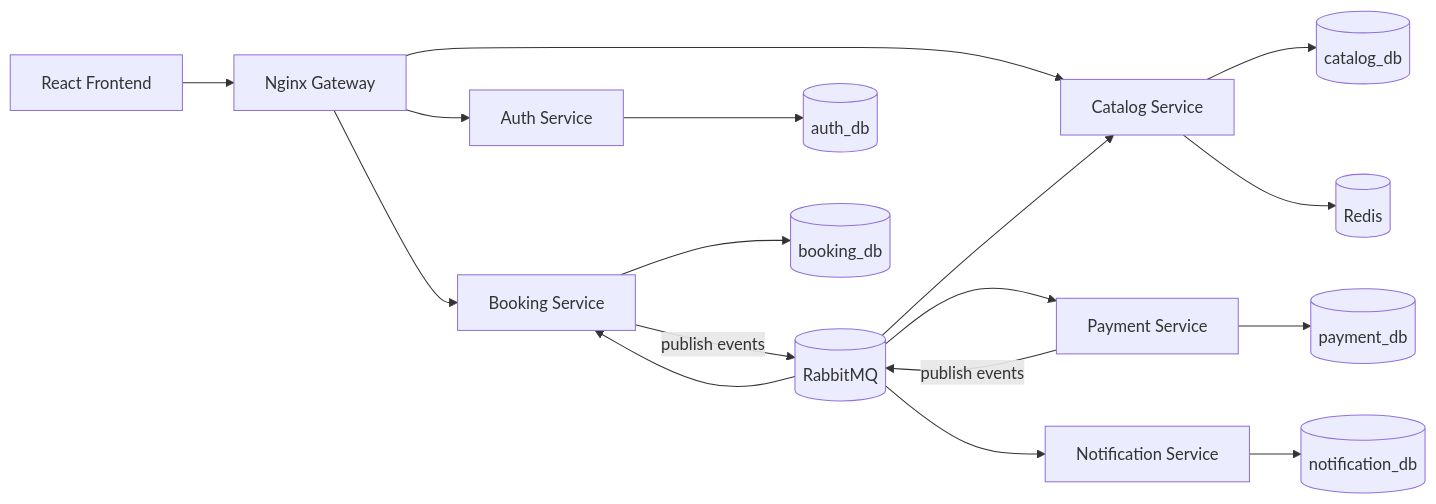
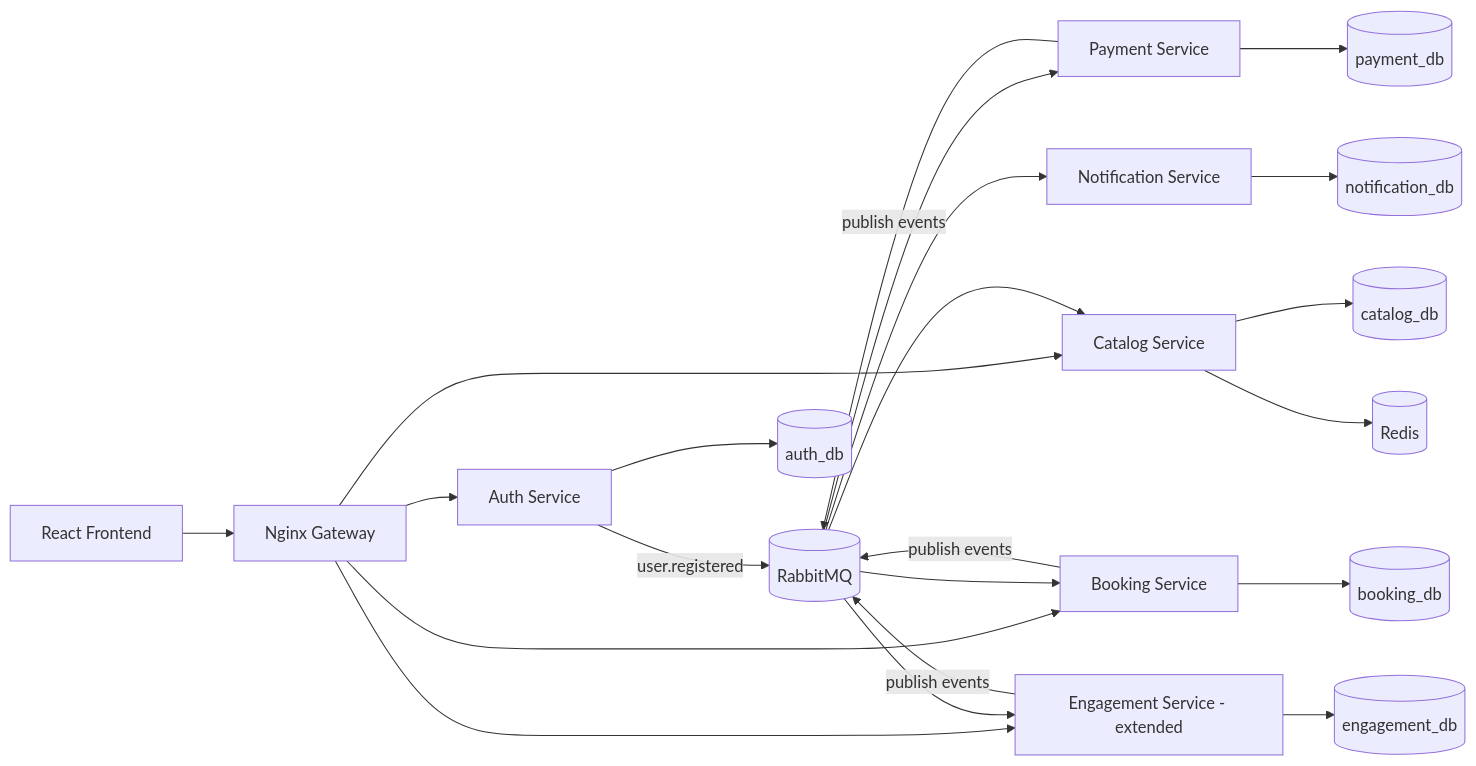
The diagram in Design.md (ZamanAsad007/Travel-Booking-System), drawn with Mermaid before and after one commit. The commit also changed other lines of this file, not shown here.

Commit message:
docs(design): update design.md with extended phases 13-21

````diff
--- a/Design.md
+++ b/Design.md
@@ -44,19 +44,24 @@
 ```mermaid
 flowchart LR
     UI[React Frontend] --> GW[Nginx Gateway]
     GW --> AUTH[Auth Service]
     GW --> CAT[Catalog Service]
     GW --> BOOK[Booking Service]
     BOOK -- publish events --> MQ[(RabbitMQ)]
     MQ --> PAY[Payment Service]
     PAY -- publish events --> MQ
     MQ --> BOOK
     MQ --> CAT
     MQ --> NOTIF[Notification Service]
+    GW --> ENG[Engagement Service - extended]
+    MQ --> ENG
+    ENG -- publish events --> MQ
+    ENG --> DB6[(engagement_db)]
+    AUTH -- user.registered --> MQ
     AUTH --> DB1[(auth_db)]
     CAT --> DB2[(catalog_db)]
     CAT --> REDIS[(Redis)]
     BOOK --> DB3[(booking_db)]
     PAY --> DB4[(payment_db)]
     NOTIF --> DB5[(notification_db)]
 ```
````
